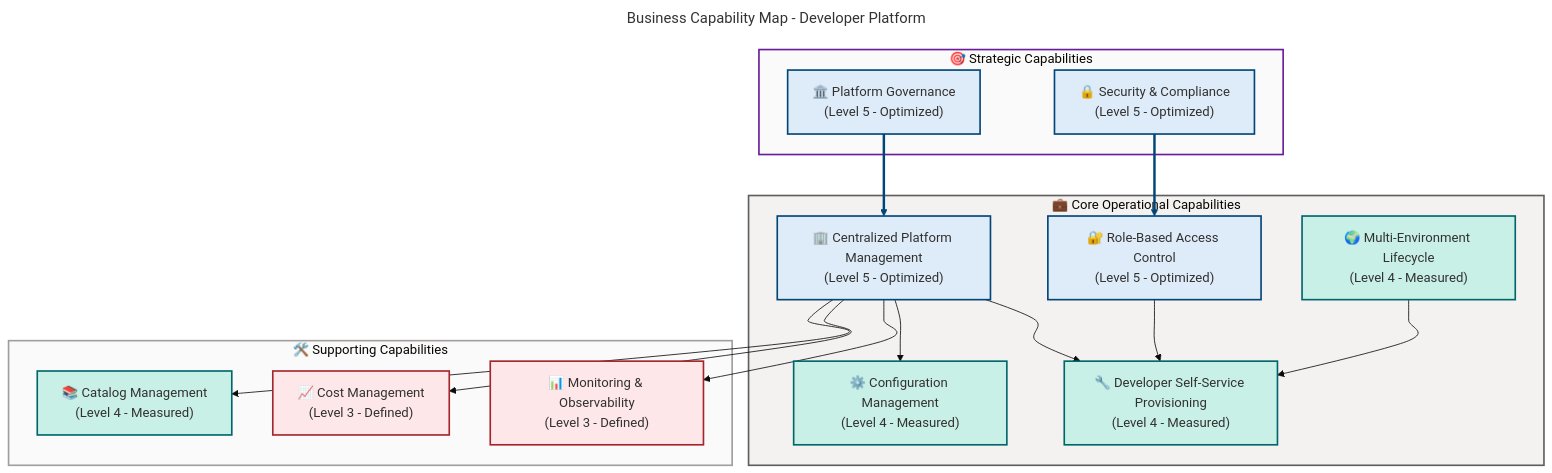
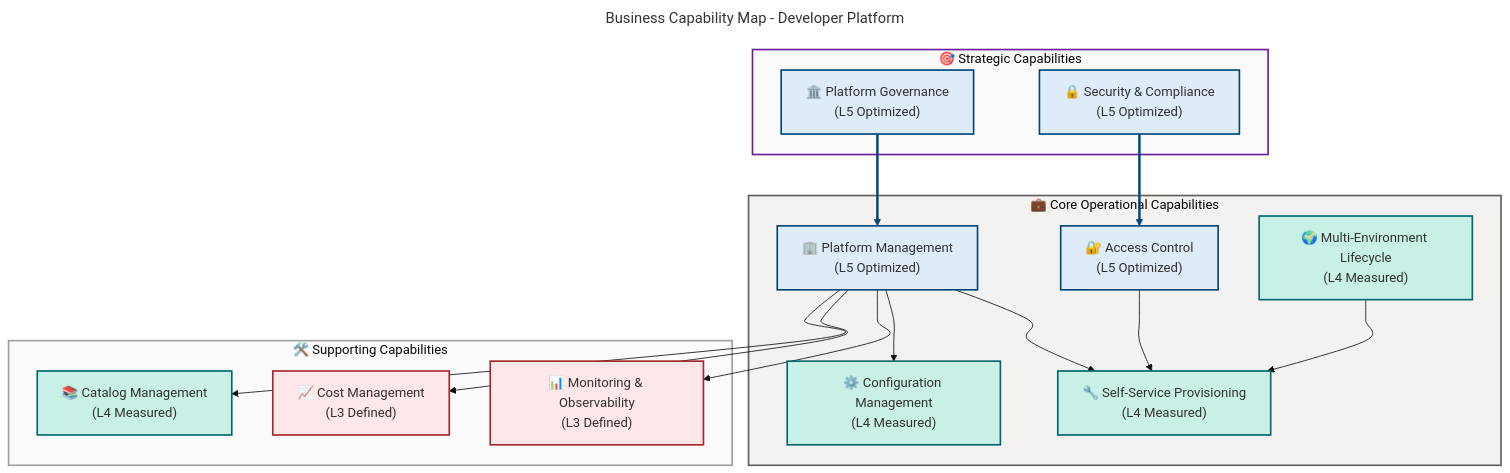
Before and after one commit to Evilazaro/DevExp-DevBox: the first of 4 diagrams in docs/architecture/Business-Architecture.md, drawn with Mermaid. The commit also changed other lines of this file, not shown here.

Commit message:
refactor: simplify labels in Business Architecture diagrams for clarity and consistency

```diff
--- a/docs/architecture/Business-Architecture.md
+++ b/docs/architecture/Business-Architecture.md
@@ -122,22 +122,22 @@
     %% ═══════════════════════════════════════════════════════════════════════════
 
     subgraph STRATEGIC["🎯 Strategic Capabilities"]
-        SC1["🏛️ Platform Governance<br/>(Level 5 - Optimized)"]:::level5
-        SC2["🔒 Security & Compliance<br/>(Level 5 - Optimized)"]:::level5
+        SC1["🏛️ Platform Governance<br/>(L5 Optimized)"]:::level5
+        SC2["🔒 Security & Compliance<br/>(L5 Optimized)"]:::level5
     end
 
     subgraph CORE["💼 Core Operational Capabilities"]
-        OC1["🏢 Centralized Platform Management<br/>(Level 5 - Optimized)"]:::level5
-        OC2["🔐 Role-Based Access Control<br/>(Level 5 - Optimized)"]:::level5
-        OC3["🔧 Developer Self-Service Provisioning<br/>(Level 4 - Measured)"]:::level4
-        OC4["🌍 Multi-Environment Lifecycle<br/>(Level 4 - Measured)"]:::level4
-        OC5["⚙️ Configuration Management<br/>(Level 4 - Measured)"]:::level4
+        OC1["🏢 Platform Management<br/>(L5 Optimized)"]:::level5
+        OC2["🔐 Access Control<br/>(L5 Optimized)"]:::level5
+        OC3["🔧 Self-Service Provisioning<br/>(L4 Measured)"]:::level4
+        OC4["🌍 Multi-Environment Lifecycle<br/>(L4 Measured)"]:::level4
+        OC5["⚙️ Configuration Management<br/>(L4 Measured)"]:::level4
     end
 
     subgraph SUPPORT["🛠️ Supporting Capabilities"]
-        SUP1["📊 Monitoring & Observability<br/>(Level 3 - Defined)"]:::level3
-        SUP2["📈 Cost Management<br/>(Level 3 - Defined)"]:::level3
-        SUP3["📚 Catalog Management<br/>(Level 4 - Measured)"]:::level4
+        SUP1["📊 Monitoring & Observability<br/>(L3 Defined)"]:::level3
+        SUP2["📈 Cost Management<br/>(L3 Defined)"]:::level3
+        SUP3["📚 Catalog Management<br/>(L4 Measured)"]:::level4
     end
 
     %% Strategic drives Operational (animated critical paths)
```
